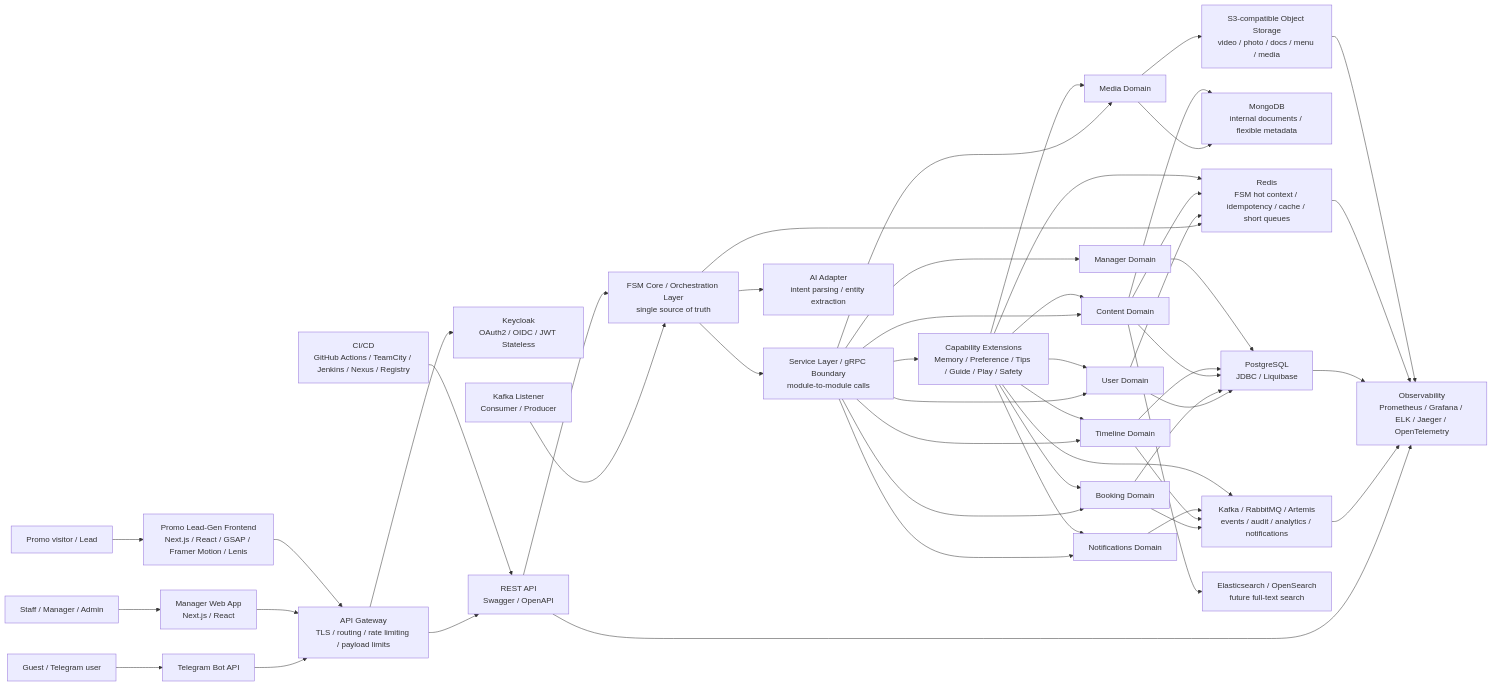
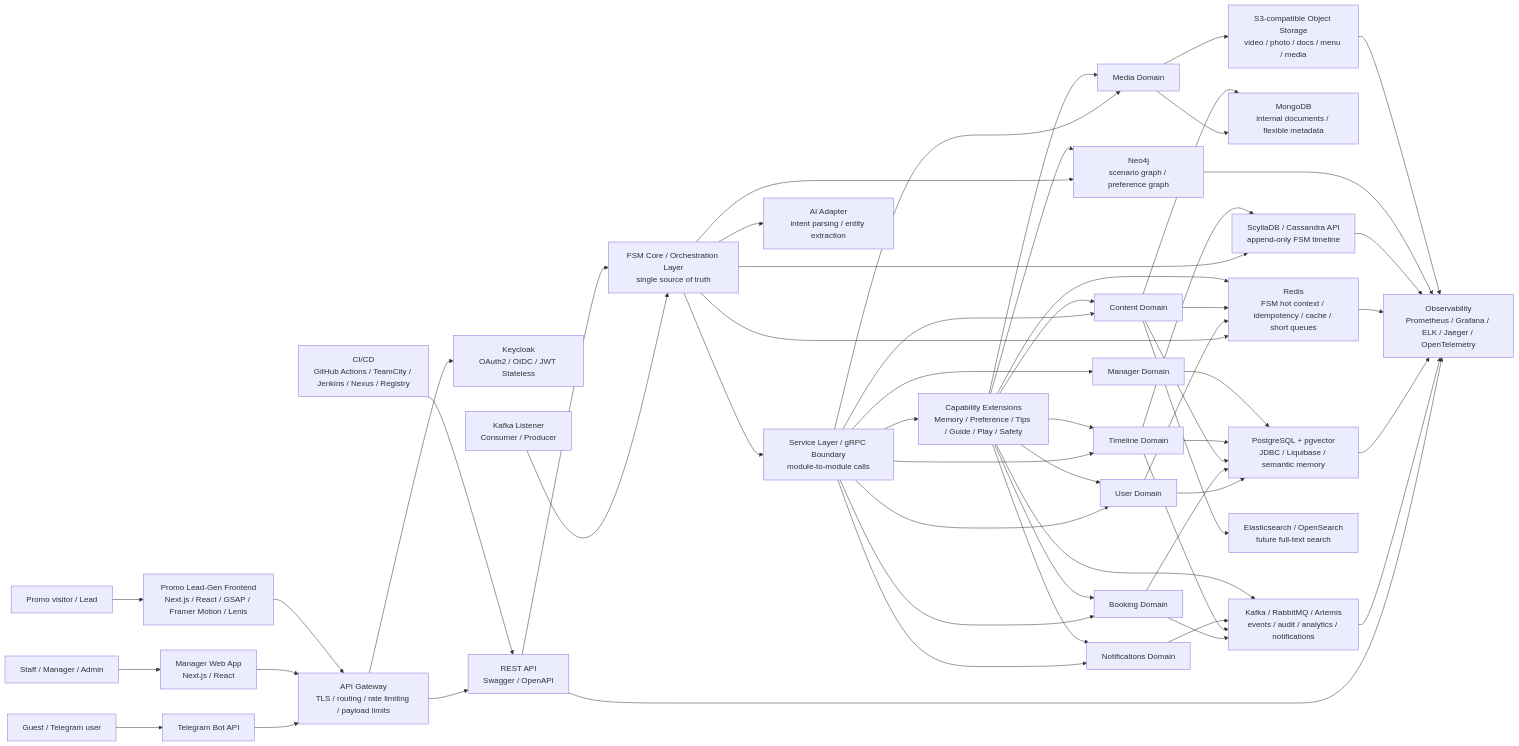
Before and after one commit to michaelwelly/Astor_Butler_MVP: the first of 3 diagrams in docs/ARCHITECTURE.md, drawn with Mermaid. The commit also changed other lines of this file and 21 other files, not shown here.

Commit message:
Add local graph and timeline database stack

````diff
--- a/docs/ARCHITECTURE.md
+++ b/docs/ARCHITECTURE.md
@@ -37,9 +37,11 @@
     Notify["Notifications Domain"]
     Capability["Capability Extensions<br/>Memory / Preference / Tips / Guide / Play / Safety"]
 
-    Pg["PostgreSQL<br/>JDBC / Liquibase"]
+    Pg["PostgreSQL + pgvector<br/>JDBC / Liquibase / semantic memory"]
     Mongo["MongoDB<br/>internal documents / flexible metadata"]
     Redis["Redis<br/>FSM hot context / idempotency / cache / short queues"]
+    Scylla["ScyllaDB / Cassandra API<br/>append-only FSM timeline"]
+    Neo4j["Neo4j<br/>scenario graph / preference graph"]
     S3["S3-compatible Object Storage<br/>video / photo / docs / menu / media"]
     Kafka["Kafka / RabbitMQ / Artemis<br/>events / audit / analytics / notifications"]
     Search["Elasticsearch / OpenSearch<br/>future full-text search"]
@@ -84,10 +86,14 @@
     Content --> Mongo
 
     FSM --> Redis
+    FSM --> Scylla
+    FSM --> Neo4j
     User --> Redis
     Content --> Redis
     Booking --> Kafka
     Timeline --> Kafka
+    Timeline --> Scylla
+    Capability --> Neo4j
     Notify --> Kafka
     Capability --> Redis
     Capability --> Kafka
@@ -97,6 +103,8 @@
     Kafka --> Obs
     Pg --> Obs
     Redis --> Obs
+    Scylla --> Obs
+    Neo4j --> Obs
     S3 --> Obs
     CICD --> Rest
 ```
````
